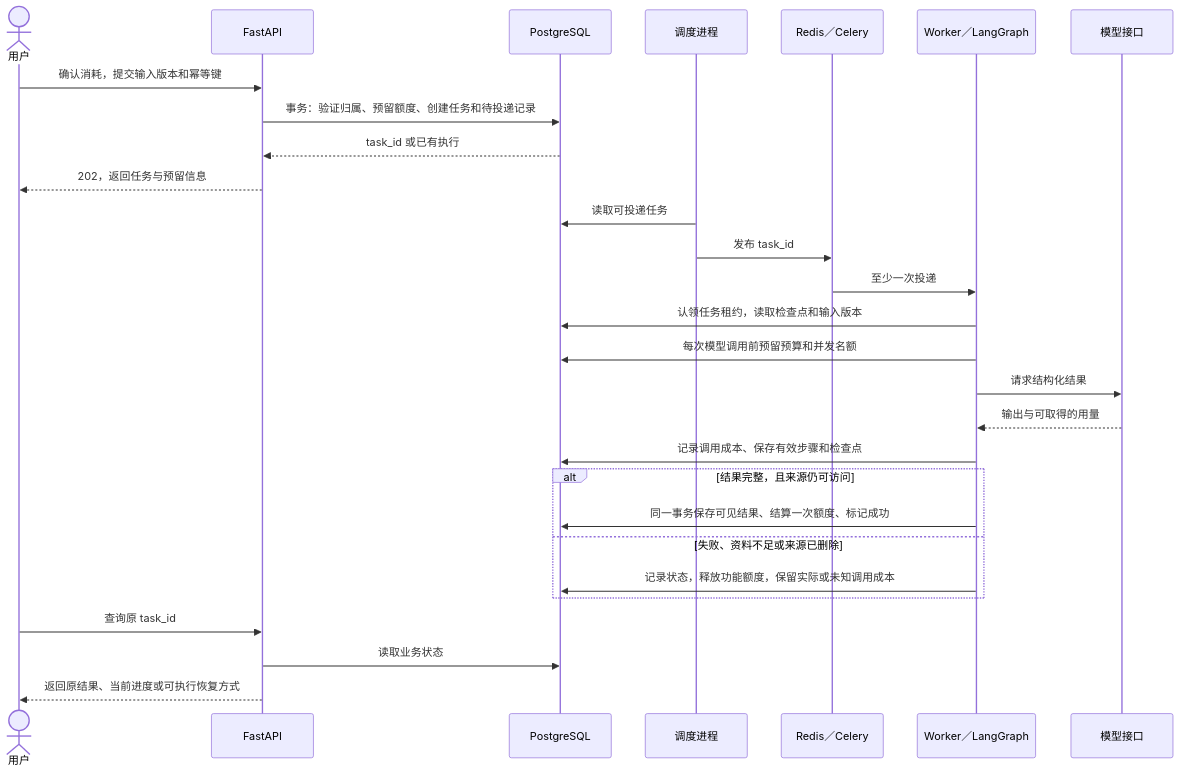
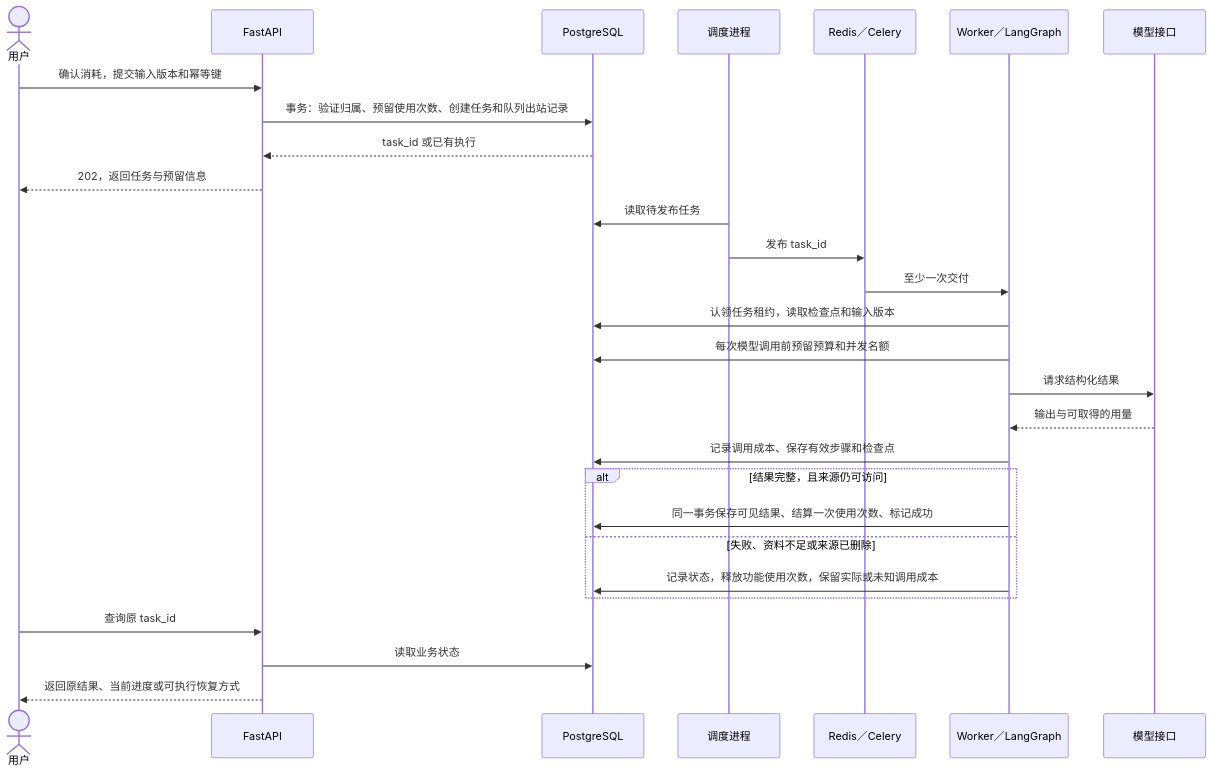
Before and after one commit to ld0574/Purslyx: the second of 2 diagrams in docs/02-technical/技术架构.md, drawn with Mermaid. The commit also changed other lines of this file and 4 other files, not shown here.

````diff
--- a/docs/02-technical/技术架构.md
+++ b/docs/02-technical/技术架构.md
@@ -213,30 +223,30 @@
 ```mermaid
 sequenceDiagram
     actor U as 用户
     participant API as FastAPI
     participant DB as PostgreSQL
     participant D as 调度进程
     participant Q as Redis／Celery
     participant W as Worker／LangGraph
     participant M as 模型接口
     U->>API: 确认消耗，提交输入版本和幂等键
-    API->>DB: 事务：验证归属、预留额度、创建任务和待投递记录
+    API->>DB: 事务：验证归属、预留使用次数、创建任务和队列出站记录
     DB-->>API: task_id 或已有执行
     API-->>U: 202，返回任务与预留信息
-    D->>DB: 读取可投递任务
+    D->>DB: 读取待发布任务
     D->>Q: 发布 task_id
-    Q->>W: 至少一次投递
+    Q->>W: 至少一次交付
     W->>DB: 认领任务租约，读取检查点和输入版本
     W->>DB: 每次模型调用前预留预算和并发名额
     W->>M: 请求结构化结果
     M-->>W: 输出与可取得的用量
     W->>DB: 记录调用成本、保存有效步骤和检查点
     alt 结果完整，且来源仍可访问
-        W->>DB: 同一事务保存可见结果、结算一次额度、标记成功
+        W->>DB: 同一事务保存可见结果、结算一次使用次数、标记成功
     else 失败、资料不足或来源已删除
-        W->>DB: 记录状态，释放功能额度，保留实际或未知调用成本
+        W->>DB: 记录状态，释放功能使用次数，保留实际或未知调用成本
     end
     U->>API: 查询原 task_id
     API->>DB: 读取业务状态
     API-->>U: 返回原结果、当前进度或可执行恢复方式
 ```
````
